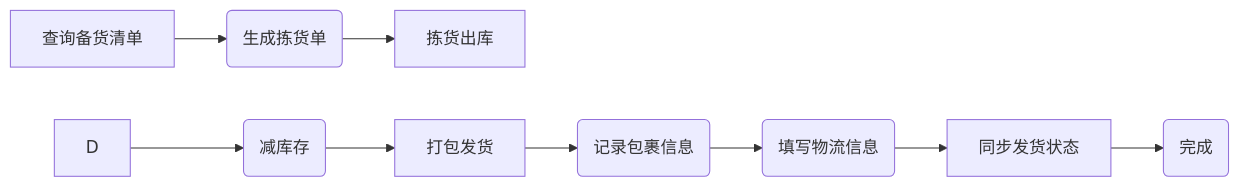
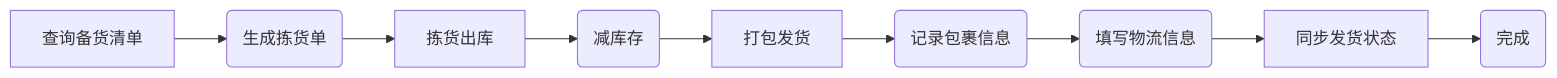
Before and after one commit to zeasin/qihangerp: the third of 3 diagrams in README.md, drawn with Mermaid.

Commit message:
更新发货流程说明

````diff
--- a/README.md
+++ b/README.md
@@ -69,12 +69,12 @@
 ```mermaid
 graph LR
 A[查询备货清单] -->B(生成拣货单)
     B --> C[拣货出库]
-    D --> E(减库存)
+    C --> E(减库存)
     E --> F[打包发货]
     F --> F1(记录包裹信息)
     F1 --> G(填写物流信息)
     G --> G1[同步发货状态]
     G1 --> H(完成)
 
 ```
````
